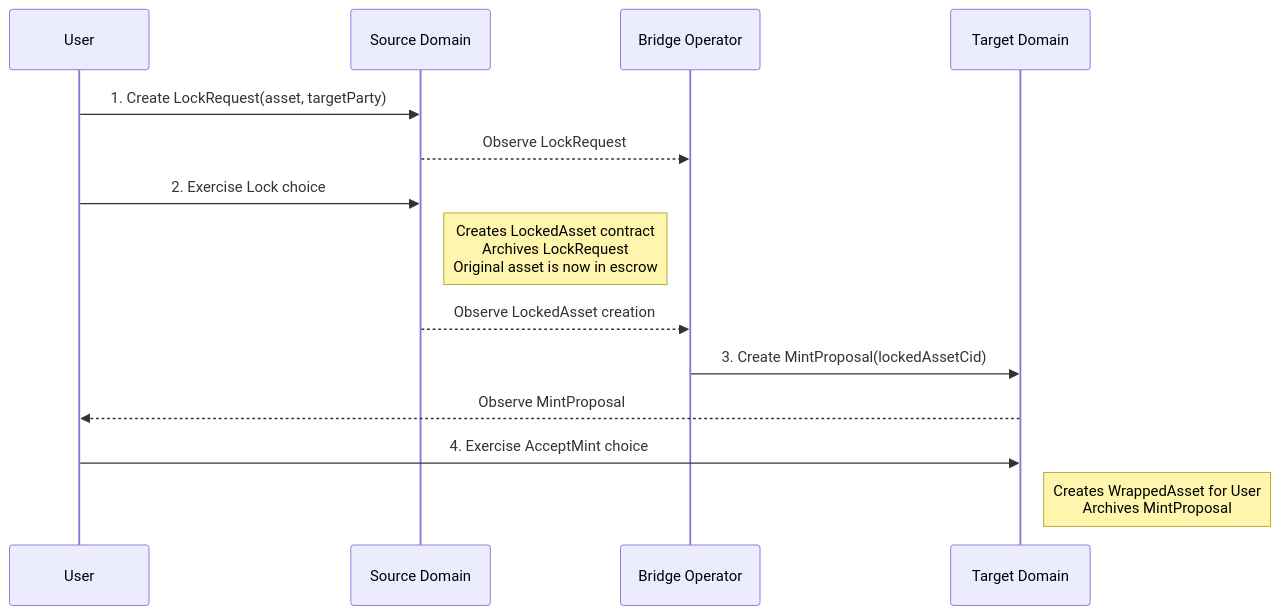
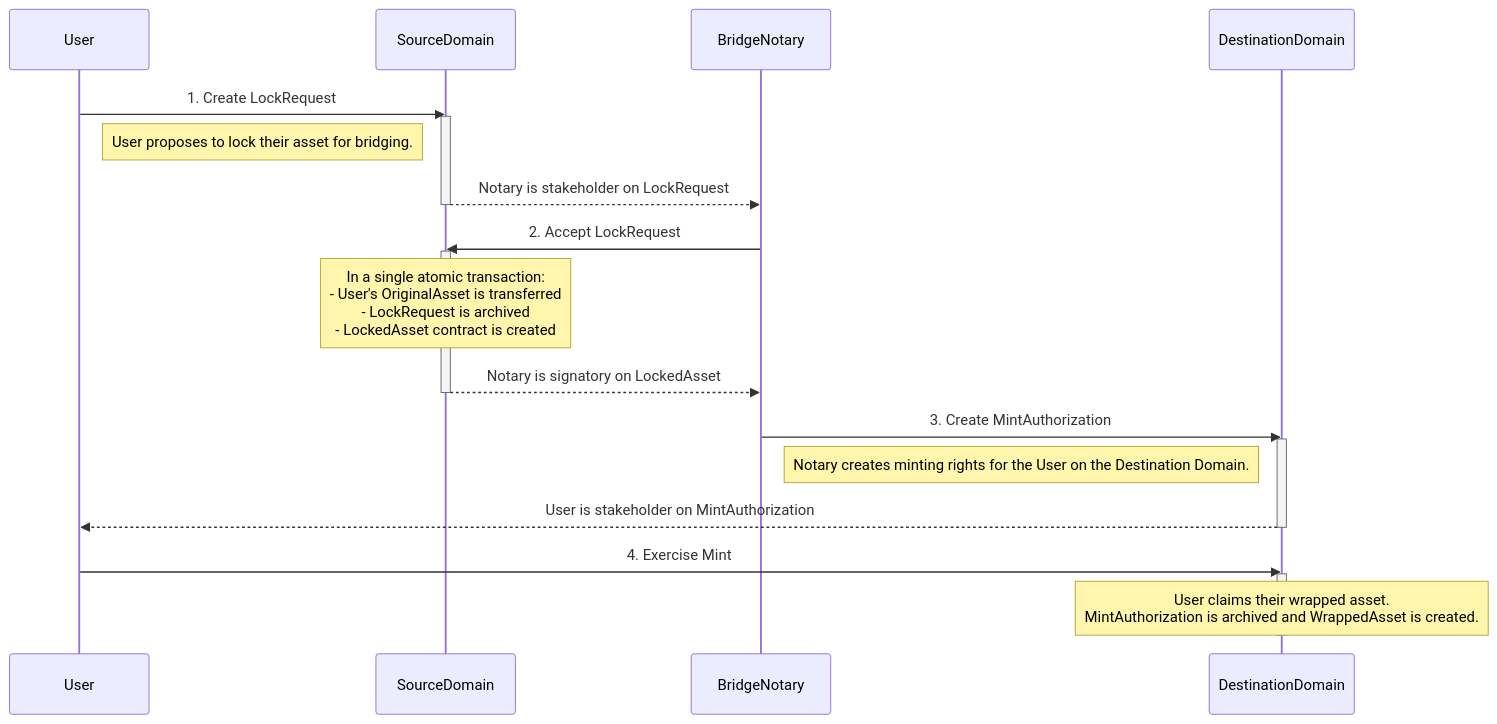
Before and after one commit to SuyashVanjare/canton-cross-chain-bridge: the first of 2 diagrams in docs/BRIDGE_PROTOCOL.md, drawn with Mermaid. The commit also changed other lines of this file, not shown here.

Commit message:
test: docs: add bridge protocol spec

````diff
--- a/docs/BRIDGE_PROTOCOL.md
+++ b/docs/BRIDGE_PROTOCOL.md
@@ -30,20 +32,30 @@
 ```mermaid
 sequenceDiagram
     participant User
-    participant Source Domain
-    participant Bridge Operator
-    participant Target Domain
+    participant SourceDomain
+    participant BridgeNotary
+    participant DestinationDomain
 
-    User->>Source Domain: 1. Create LockRequest(asset, targetParty)
-    Source Domain-->>Bridge Operator: Observe LockRequest
+    User->>SourceDomain: 1. Create LockRequest
+    activate SourceDomain
+    Note right of User: User proposes to lock their asset for bridging.
+    SourceDomain-->>BridgeNotary: Notary is stakeholder on LockRequest
+    deactivate SourceDomain
 
-    User->>Source Domain: 2. Exercise Lock choice
-    Note right of Source Domain: Creates LockedAsset contract<br/>Archives LockRequest<br/>Original asset is now in escrow
+    BridgeNotary->>SourceDomain: 2. Accept LockRequest
+    activate SourceDomain
+    Note over SourceDomain: In a single atomic transaction: <br/> - User's OriginalAsset is transferred <br/> - LockRequest is archived <br/> - LockedAsset contract is created
+    SourceDomain-->>BridgeNotary: Notary is signatory on LockedAsset
+    deactivate SourceDomain
 
-    Source Domain-->>Bridge Operator: Observe LockedAsset creation
-    Bridge Operator->>Target Domain: 3. Create MintProposal(lockedAssetCid)
-    Target Domain-->>User: Observe MintProposal
+    BridgeNotary->>DestinationDomain: 3. Create MintAuthorization
+    activate DestinationDomain
+    Note right of BridgeNotary: Notary creates minting rights for the User on the Destination Domain.
+    DestinationDomain-->>User: User is stakeholder on MintAuthorization
+    deactivate DestinationDomain
 
-    User->>Target Domain: 4. Exercise AcceptMint choice
-    Note right of Target Domain: Creates WrappedAsset for User<br/>Archives MintProposal
+    User->>DestinationDomain: 4. Exercise Mint
+    activate DestinationDomain
+    Note over DestinationDomain: User claims their wrapped asset. <br/> MintAuthorization is archived and WrappedAsset is created.
+    deactivate DestinationDomain
 ```
````
